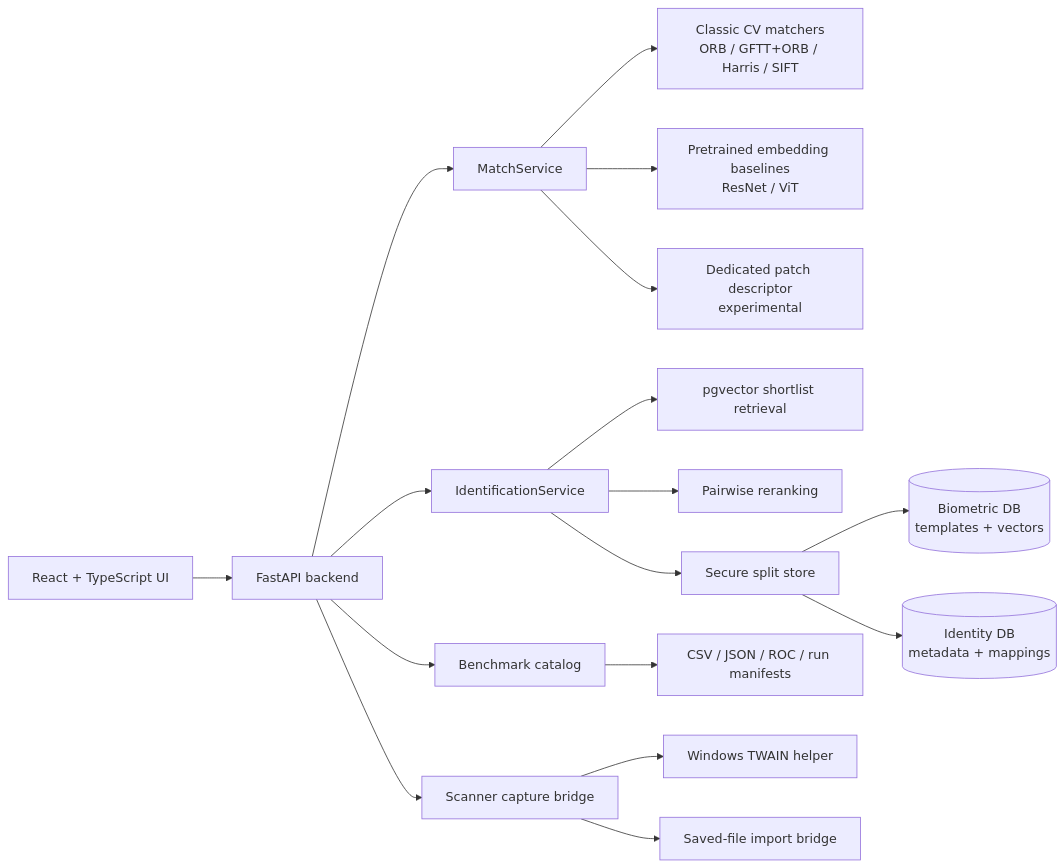
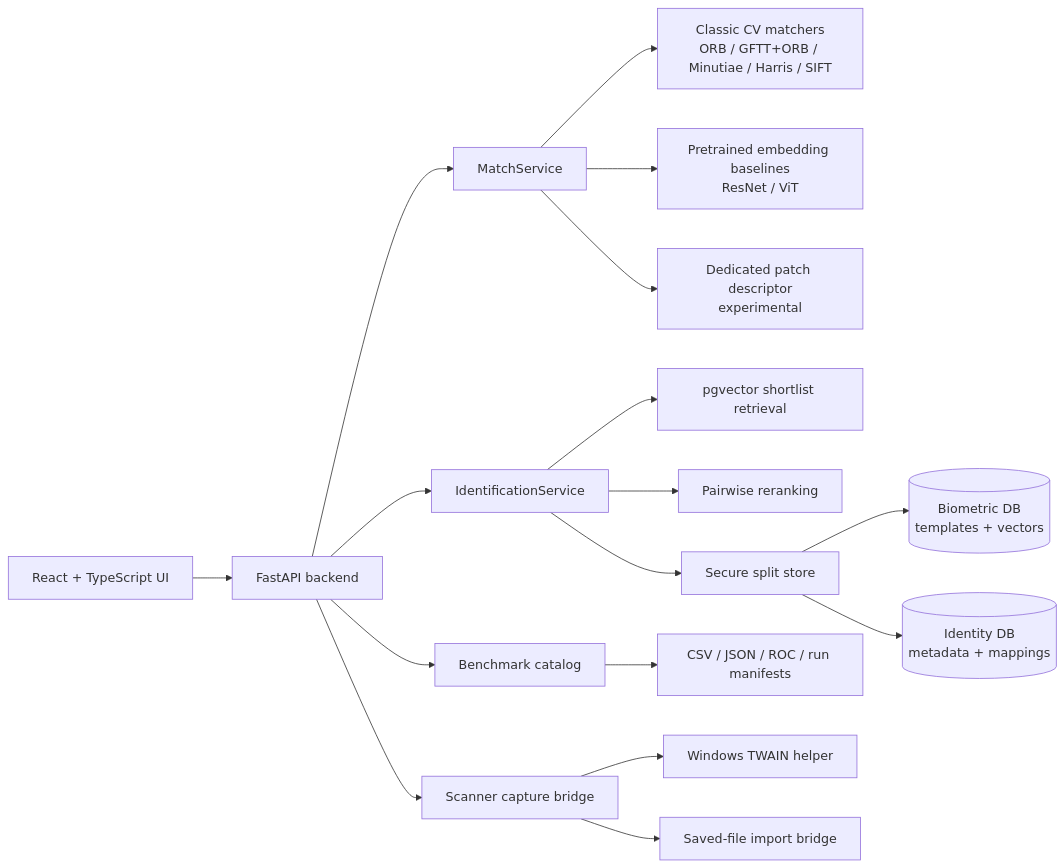
The diagram in README.md (Mish2000/fingerprint-research), drawn with Mermaid before and after one commit. The commit also changed other lines of this file and 36 other files, not shown here.

````diff
--- a/README.md
+++ b/README.md
@@ -38,24 +38,24 @@
 ```mermaid
 flowchart LR
     UI[React + TypeScript UI] --> API[FastAPI backend]
 
     API --> Match[MatchService]
     API --> Identify[IdentificationService]
     API --> Bench[Benchmark catalog]
     API --> Scanner[Scanner capture bridge]
 
-    Match --> Classic[Classic CV matchers\nORB / GFTT+ORB / Harris / SIFT]
+    Match --> Classic[Classic CV matchers\nORB / GFTT+ORB / Minutiae / Harris / SIFT]
     Match --> Deep[Pretrained embedding baselines\nResNet / ViT]
     Match --> Dedicated[Dedicated patch descriptor\nexperimental]
 
     Identify --> Retrieval[pgvector shortlist retrieval]
     Identify --> Rerank[Pairwise reranking]
     Identify --> Store[Secure split store]
 
     Store --> BioDB[(Biometric DB\ntemplates + vectors)]
     Store --> IdentityDB[(Identity DB\nmetadata + mappings)]
 
     Bench --> Artifacts[CSV / JSON / ROC / run manifests]
     Scanner --> TWAIN[Windows TWAIN helper]
     Scanner --> Bridge[Saved-file import bridge]
 ```
````
